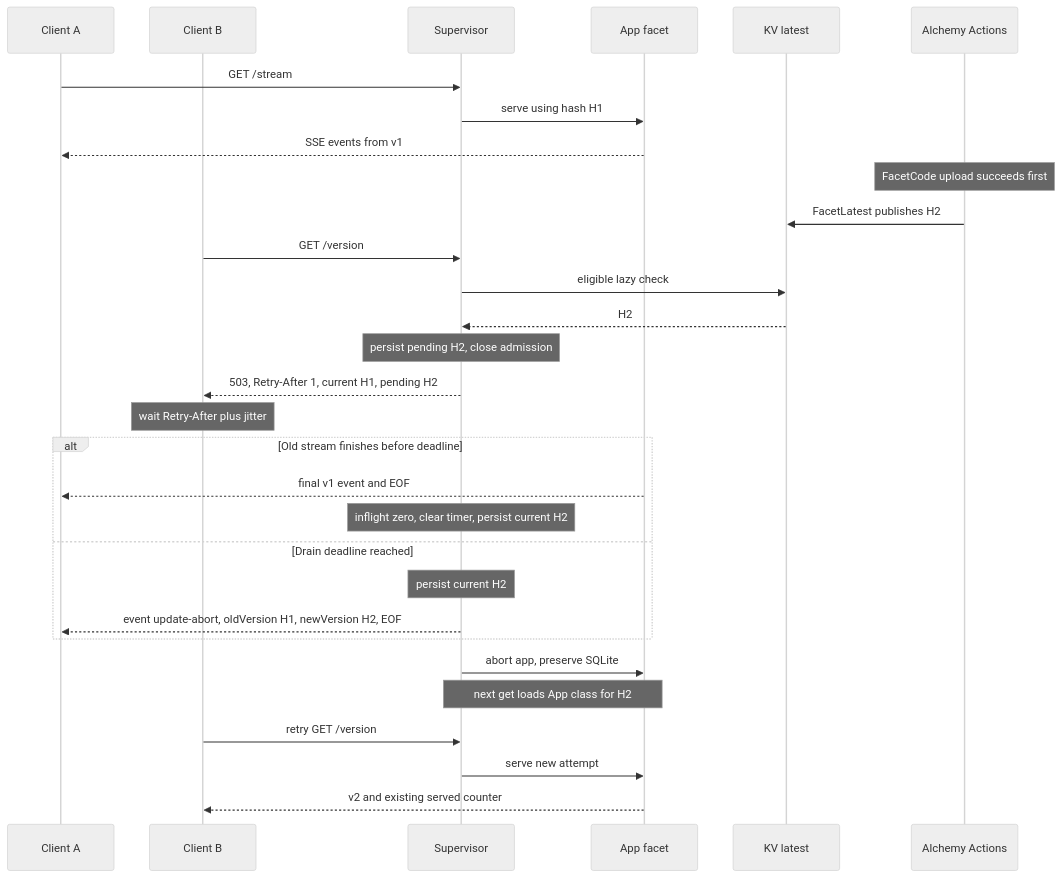
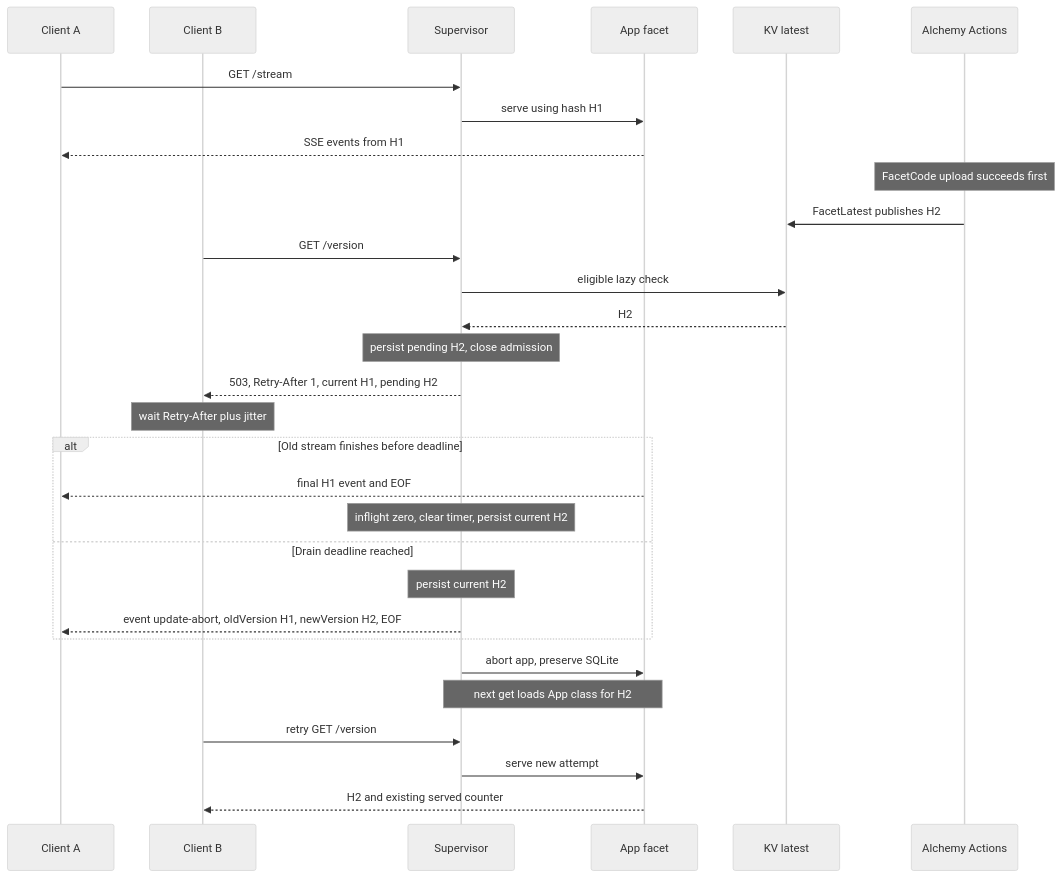
The fourth of 4 diagrams in docs/ARCHITECTURE.md (boarush/facet-swap), drawn with Mermaid (neutral theme) before and after one commit. The commit also changed other lines of this file and 2 other files, not shown here.

Commit message:
Separate development workflow from architecture documentation

````diff
--- a/docs/ARCHITECTURE.md
+++ b/docs/ARCHITECTURE.md
@@ -157,32 +155,32 @@
 ```mermaid
 sequenceDiagram
   participant A as Client A
   participant B as Client B
   participant S as Supervisor
   participant F as App facet
   participant KV as KV latest
   participant P as Alchemy Actions
   A->>S: GET /stream
   S->>F: serve using hash H1
-  F-->>A: SSE events from v1
+  F-->>A: SSE events from H1
   Note over P: FacetCode upload succeeds first
   P->>KV: FacetLatest publishes H2
   B->>S: GET /version
   S->>KV: eligible lazy check
   KV-->>S: H2
   Note over S: persist pending H2, close admission
   S-->>B: 503, Retry-After 1, current H1, pending H2
   Note over B: wait Retry-After plus jitter
   alt Old stream finishes before deadline
-    F-->>A: final v1 event and EOF
+    F-->>A: final H1 event and EOF
     Note over S: inflight zero, clear timer, persist current H2
   else Drain deadline reached
     Note over S: persist current H2
     S-->>A: event update-abort, oldVersion H1, newVersion H2, EOF
   end
   S->>F: abort app, preserve SQLite
   Note over S,F: next get loads App class for H2
   B->>S: retry GET /version
   S->>F: serve new attempt
-  F-->>B: v2 and existing served counter
+  F-->>B: H2 and existing served counter
 ```
````
